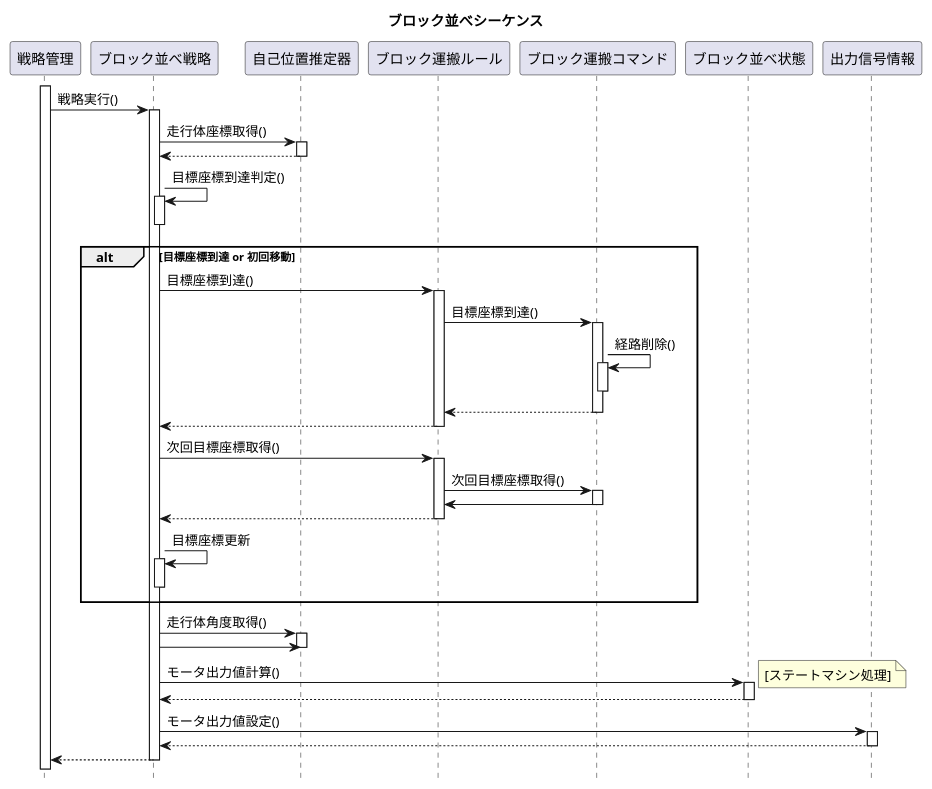
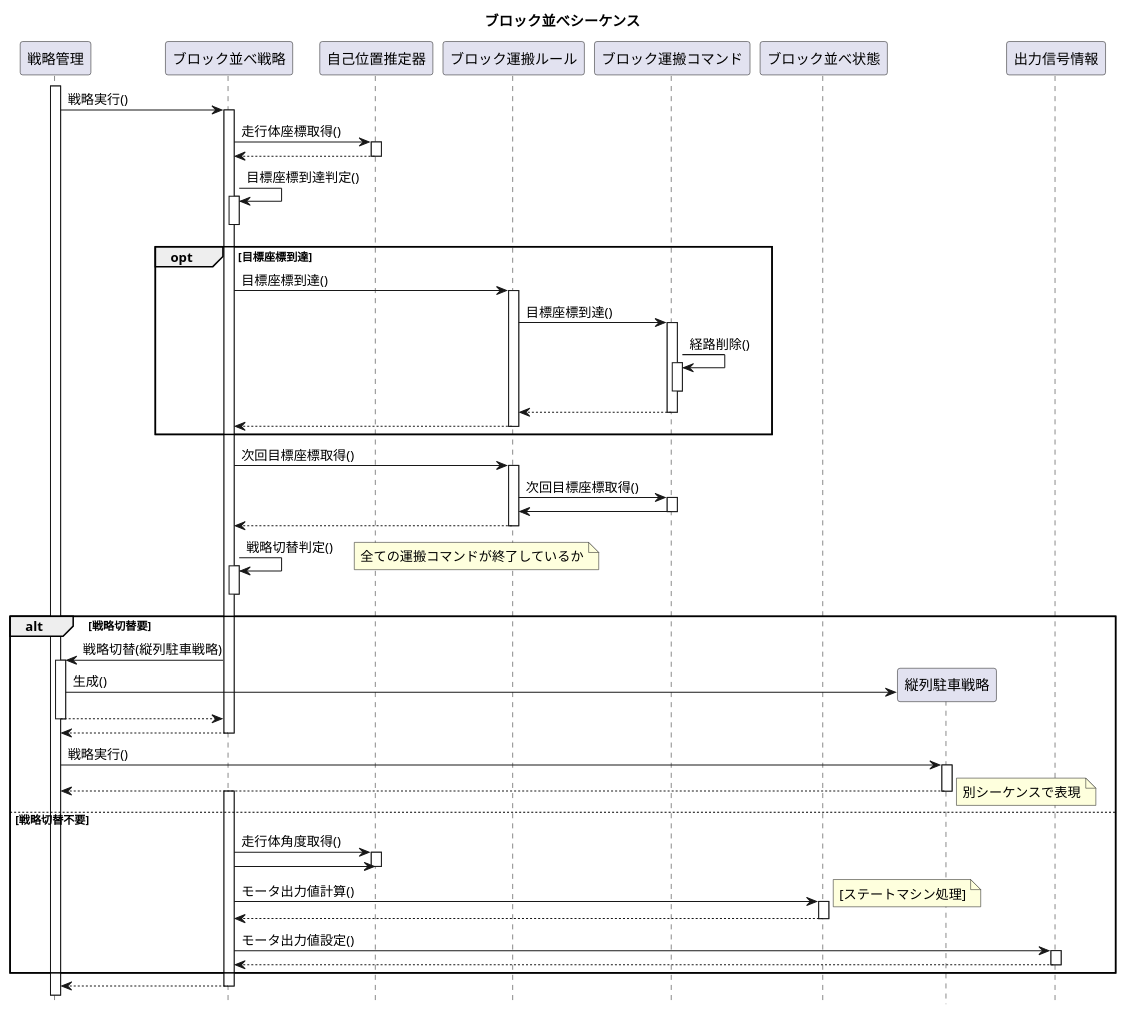
Before and after one commit to TK-R/ET2017-UML: the diagram in 設計モデル/ブロック並べシーケンス図.puml, drawn with PlantUML. The commit also changed 6 other files, not shown here.

Commit message:
シーケンス図の作成と状態遷移図の更新と設計クラス図の更新

```diff
--- a/設計モデル/ブロック並べシーケンス図.puml
+++ b/設計モデル/ブロック並べシーケンス図.puml
@@ -1,81 +1,106 @@
 @startuml
 
 hide footbox
 title ブロック並べシーケンス
 
 participant "戦略管理" as StManager
 participant "ブロック並べ戦略" as block
 participant "自己位置推定器" as selfPostion
 participant "ブロック運搬ルール" as rule
 participant "ブロック運搬コマンド" as command
 participant "ブロック並べ状態" as state
+participant "縦列駐車戦略" as park
+
 participant "出力信号情報" as Output
 
 
 activate StManager 
 StManager -> block : 戦略実行()
 	activate block
 	block -> selfPostion :走行体座標取得()
 		activate selfPostion
 		block <-- selfPostion
 		deactivate selfPostion
 
 	block -> block : 目標座標到達判定()
 		activate block
 		deactivate block
 
 
-	alt 目標座標到達 or 初回移動
+	opt 目標座標到達
 	block -> rule : 目標座標到達()
 		activate rule
 		rule -> command : 目標座標到達()
 			activate command
 			command -> command : 経路削除()
 				activate command
 				deactivate command
 
 			rule <-- command
 			deactivate command
 
 		block <-- rule
 		deactivate rule
-
+	end
 
 	block -> rule : 次回目標座標取得()
 		activate rule
 		rule -> command : 次回目標座標取得()
 			activate command
 			rule <- command
 			deactivate command
 
 		block <-- rule
 		deactivate rule
+	
 
-
-	block -> block : 目標座標更新
+	block -> block : 戦略切替判定()
 		activate block
 		deactivate block
-	end
+		
+	
+	alt 戦略切替要 		
+		note right:全ての運搬コマンドが終了しているか
+		block -> StManager : 戦略切替(縦列駐車戦略)
+			activate StManager
+			
+			create park
+			StManager -> park : 生成()
 
+			block <-- StManager
+			deactivate StManager
+	 	
+		StManager <-- block
+		deactivate block
+
+		StManager -> park : 戦略実行()
+		activate park 
+		StManager <-- park
+		note right :別シーケンスで表現
+		deactivate park
+	else 戦略切替不要
+	
+	activate block
 	block -> selfPostion :走行体角度取得()
 		activate selfPostion
 		block -> selfPostion
 		deactivate selfPostion
 
 	block -> state : モータ出力値計算()
 		activate state
 		note right : [ステートマシン処理]
 		block <-- state 
 		deactivate state
 
 	block -> Output: モータ出力値設定()
 		activate Output
 		block <-- Output	
 		deactivate Output
+	end
 
 
 	StManager <-- block 
 	deactivate block
 
 
 @enduml
```
